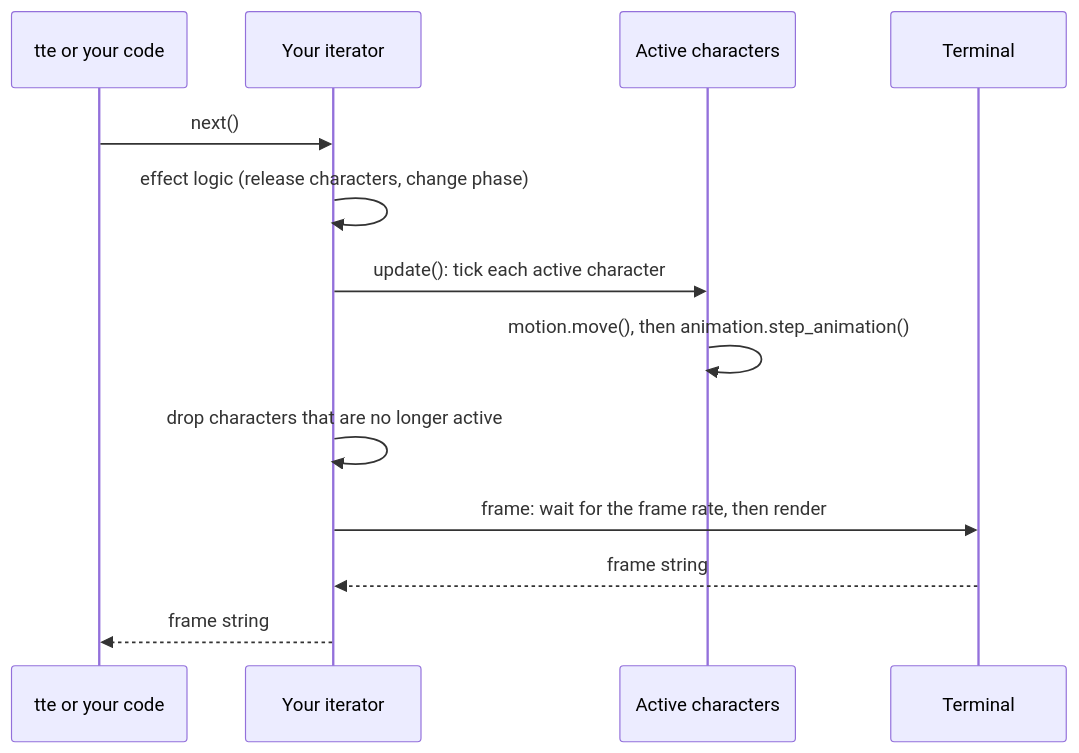
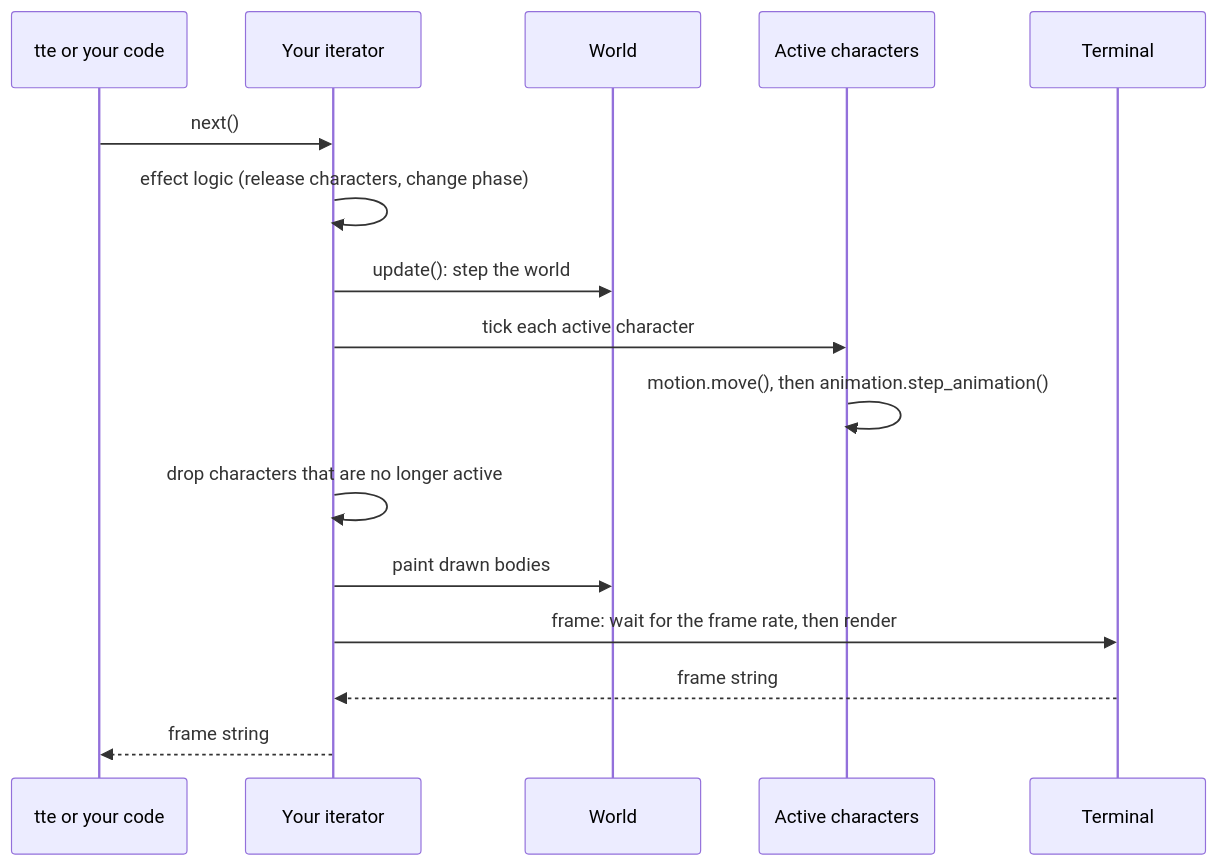
One commit to ChrisBuilds/terminaltexteffects changed the diagram in docs/effectguide/engine/frame-loop.md. Above: the diagram before and after it, drawn with Mermaid. The commit also changed other lines of this file and 12 other files, not shown here.

````diff
--- a/docs/effectguide/engine/frame-loop.md
+++ b/docs/effectguide/engine/frame-loop.md
@@ -9,15 +9,18 @@
 ``` mermaid
 sequenceDiagram
     participant Caller as tte or your code
     participant It as Your iterator
+    participant W as World
     participant Ch as Active characters
     participant T as Terminal
     Caller->>It: next()
     It->>It: effect logic (release characters, change phase)
-    It->>Ch: update(): tick each active character
+    It->>W: update(): step the world
+    It->>Ch: tick each active character
     Ch->>Ch: motion.move(), then animation.step_animation()
     It->>It: drop characters that are no longer active
+    It->>W: paint drawn bodies
     It->>T: frame: wait for the frame rate, then render
     T-->>It: frame string
     It-->>Caller: frame string
 ```
````
